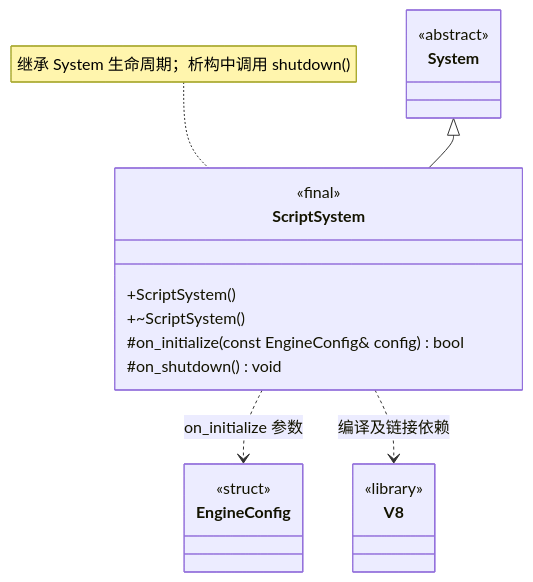
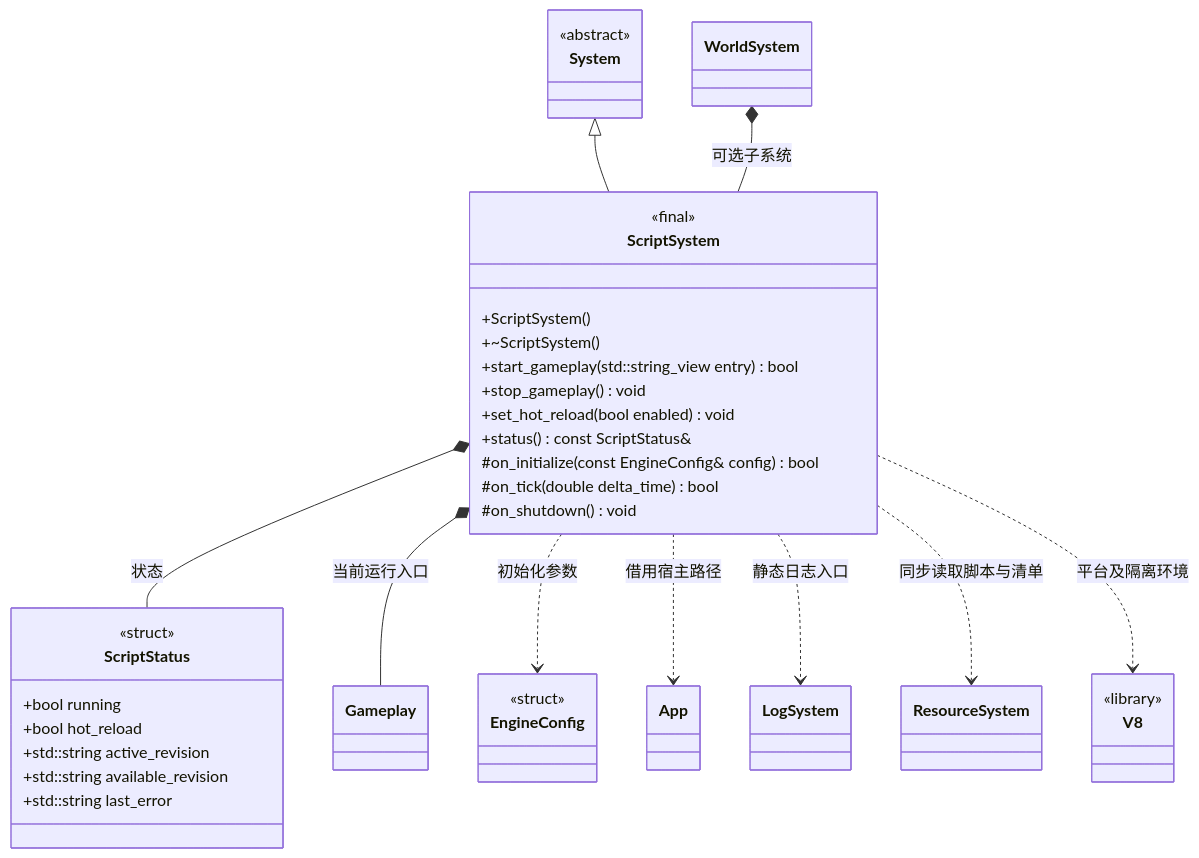
The diagram in docs/class-diagrams/script-system.md (lcals/Engine), drawn with Mermaid before and after one commit. The commit also changed other lines of this file and 53 other files, not shown here.

````diff
--- a/docs/class-diagrams/script-system.md
+++ b/docs/class-diagrams/script-system.md
@@ -7,24 +7,47 @@
 ```mermaid
 classDiagram
     direction TB
     class ScriptSystem {
         <<final>>
         +ScriptSystem()
         +~ScriptSystem()
+        +start_gameplay(std::string_view entry) bool
+        +stop_gameplay() void
+        +set_hot_reload(bool enabled) void
+        +status() const ScriptStatus&
         #on_initialize(const EngineConfig& config) bool
+        #on_tick(double delta_time) bool
         #on_shutdown() void
+    }
+    class ScriptStatus {
+        <<struct>>
+        +bool running
+        +bool hot_reload
+        +std::string active_revision
+        +std::string available_revision
+        +std::string last_error
     }
     class System {
         <<abstract>>
     }
+    class WorldSystem
     class EngineConfig {
         <<struct>>
     }
+    class App
+    class LogSystem
+    class ResourceSystem
+    class Gameplay
     class V8["V8"] {
         <<library>>
     }
     System <|-- ScriptSystem
-    ScriptSystem ..> EngineConfig : on_initialize 参数
-    ScriptSystem ..> V8 : 编译及链接依赖
-    note for ScriptSystem "继承 System 生命周期；析构中调用 shutdown()"
+    WorldSystem *-- ScriptSystem : 可选子系统
+    ScriptSystem *-- ScriptStatus : 状态
+    ScriptSystem *-- Gameplay : 当前运行入口
+    ScriptSystem ..> EngineConfig : 初始化参数
+    ScriptSystem ..> App : 借用宿主路径
+    ScriptSystem ..> LogSystem : 静态日志入口
+    ScriptSystem ..> ResourceSystem : 同步读取脚本与清单
+    ScriptSystem ..> V8 : 平台及隔离环境
 ```
````
